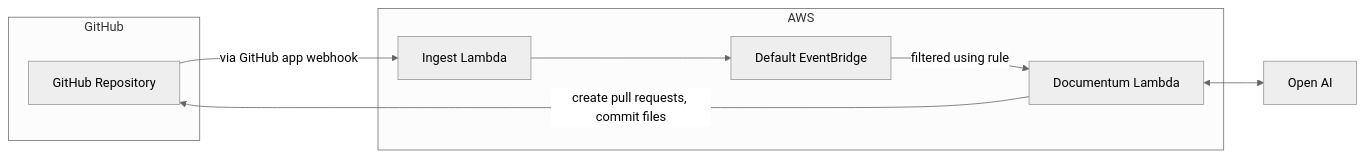
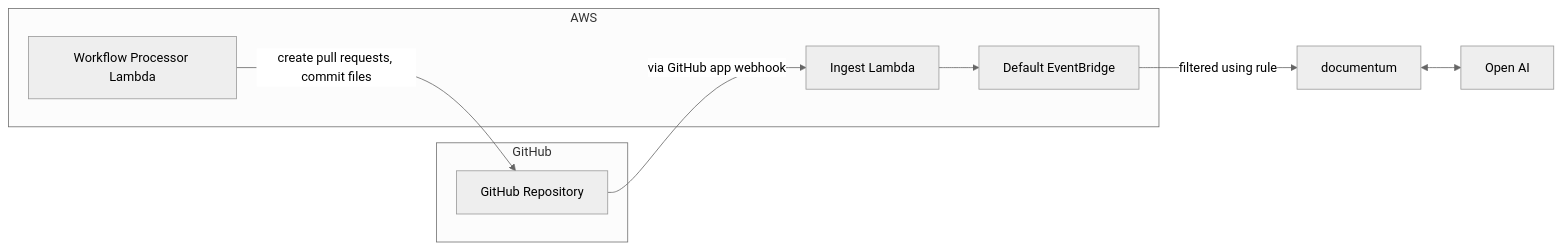
Before and after one commit to todoengineering/EvergreenDocs: the diagram in README.md, drawn with Mermaid (neutral theme). The commit also changed 138 other files, not shown here.

````diff
--- a/README.md
+++ b/README.md
@@ -88,18 +88,18 @@
 ```mermaid
 graph LR
   subgraph GitHub
     githubRepo[GitHub Repository]
   end
 
   subgraph AWS
     ingest[Ingest Lambda]
     defaultEventBridge[Default EventBridge]
-    documentum[Documentum Lambda]
+    workflowProcessor[Workflow Processor Lambda]
   end
 
   openAi[Open AI]
 
 
   githubRepo -- via GitHub app webhook --> ingest --> defaultEventBridge -- filtered using rule --> documentum <--> openAi
-  documentum -- create pull requests, commit files --> githubRepo
+  workflowProcessor -- create pull requests, commit files --> githubRepo
 ```
````
